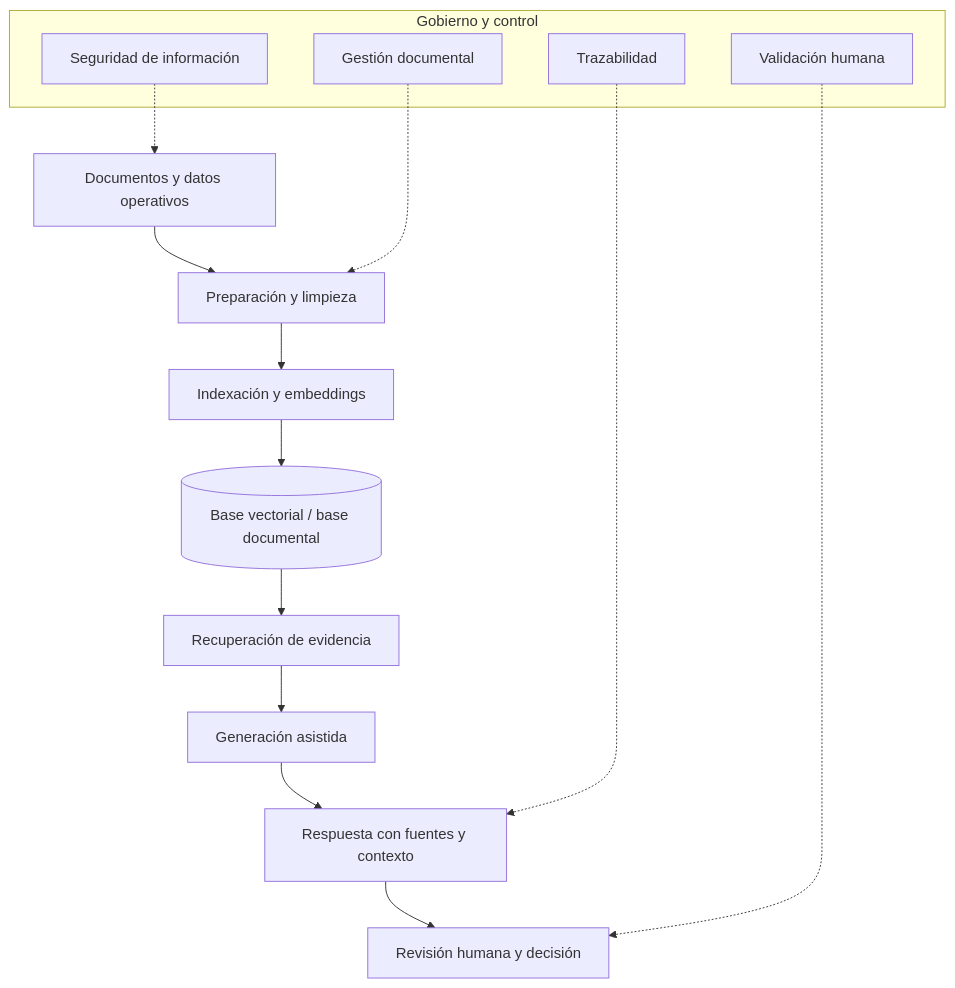
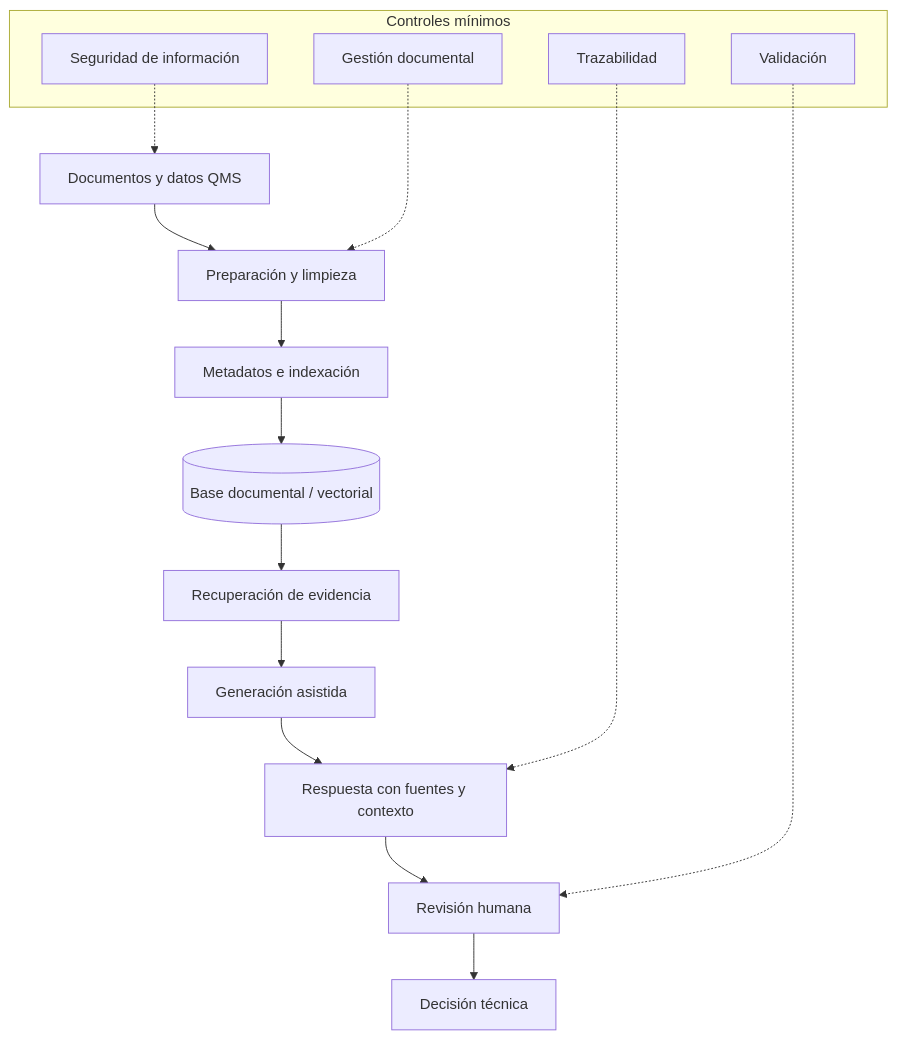
The second of 2 diagrams in README.md (fjgonzalezmgt/QMS-Intelligence-AI-for-Quality), drawn with Mermaid before and after one commit. The commit also changed other lines of this file, not shown here.

````diff
--- a/README.md
+++ b/README.md
@@ -185,22 +51,23 @@
 ```mermaid
 flowchart TD
-    A[Documentos y datos operativos] --> B[Preparación y limpieza]
-    B --> C[Indexación y embeddings]
-    C --> D[(Base vectorial / base documental)]
+    A[Documentos y datos QMS] --> B[Preparación y limpieza]
+    B --> C[Metadatos e indexación]
+    C --> D[(Base documental / vectorial)]
     D --> E[Recuperación de evidencia]
     E --> F[Generación asistida]
     F --> G[Respuesta con fuentes y contexto]
-    G --> H[Revisión humana y decisión]
+    G --> H[Revisión humana]
+    H --> I[Decisión técnica]
 
-    subgraph Gobierno y control
-        I[Trazabilidad]
-        J[Validación humana]
-        K[Seguridad de información]
-        L[Gestión documental]
+    subgraph Controles mínimos
+        J[Trazabilidad]
+        K[Gestión documental]
+        L[Seguridad de información]
+        M[Validación]
     end
 
-    I -.-> G
-    J -.-> H
-    K -.-> A
-    L -.-> B
+    J -.-> G
+    K -.-> B
+    L -.-> A
+    M -.-> H
 ```
````
